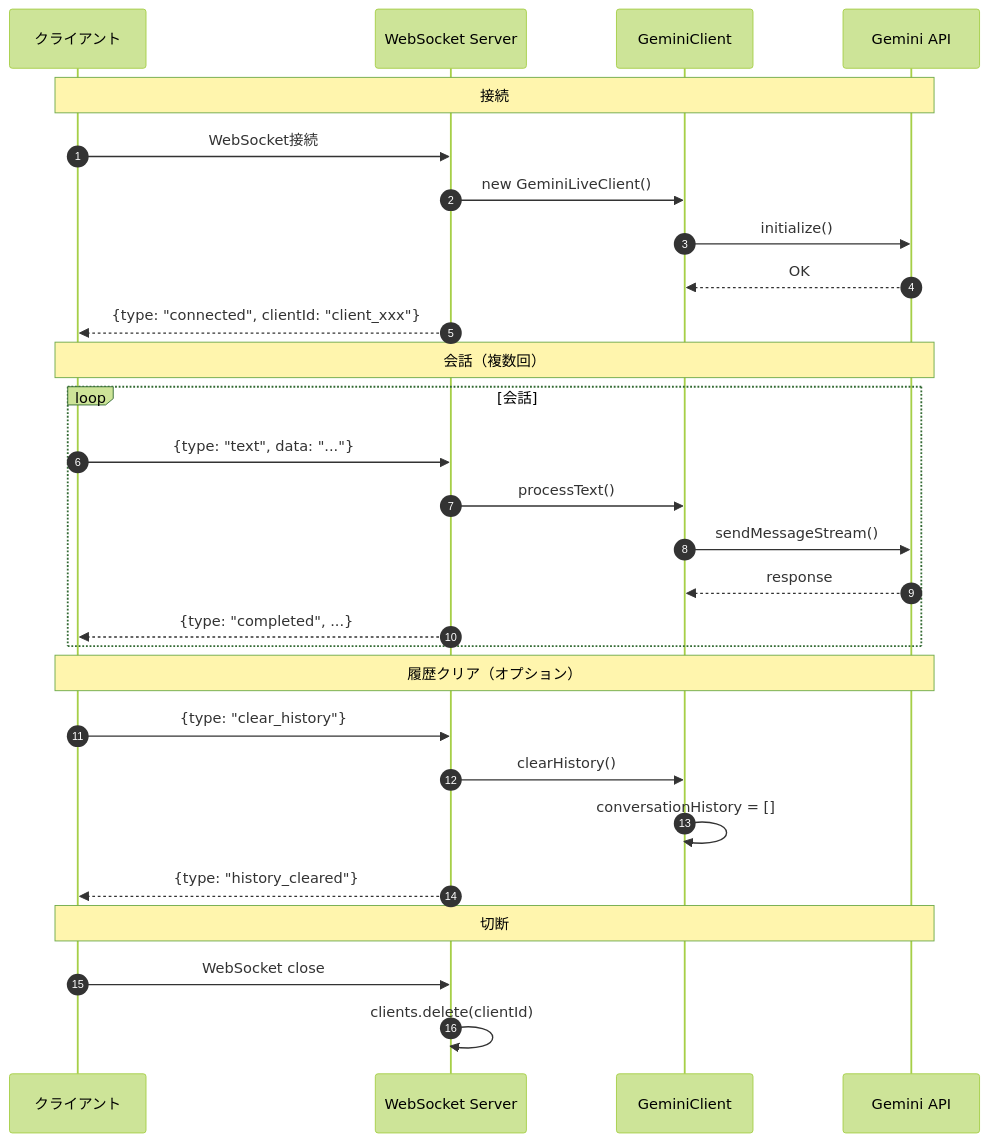
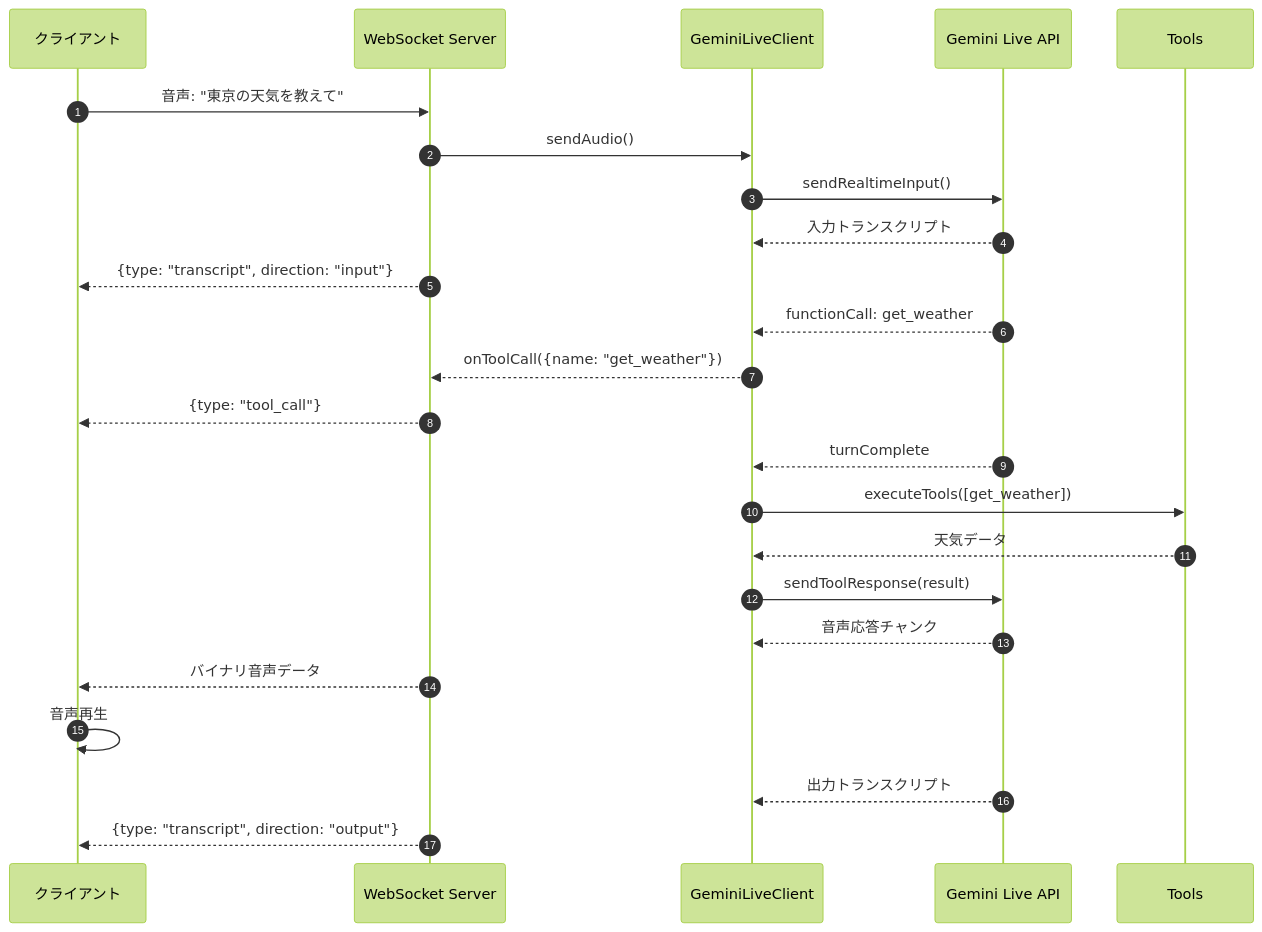
The second of 2 diagrams in voice-recognition-server/README.md (o0-sheeefk-0o/gemini-live-api-test), drawn with Mermaid (forest theme) before and after one commit. The commit also changed other lines of this file and 4 other files, not shown here.

Commit message:
gemini live implemented

````diff
--- a/voice-recognition-server/README.md
+++ b/voice-recognition-server/README.md
@@ -198,34 +123,33 @@
 ```mermaid
 sequenceDiagram
     autonumber
     participant C as クライアント
     participant WS as WebSocket Server
-    participant GC as GeminiClient
-    participant GA as Gemini API
+    participant GC as GeminiLiveClient
+    participant GA as Gemini Live API
+    participant T as Tools
 
-    Note over C,GA: 接続
-    C->>WS: WebSocket接続
-    WS->>GC: new GeminiLiveClient()
-    GC->>GA: initialize()
-    GA-->>GC: OK
-    WS-->>C: {type: "connected", clientId: "client_xxx"}
+    C->>WS: 音声: "東京の天気を教えて"
+    WS->>GC: sendAudio()
+    GC->>GA: sendRealtimeInput()
 
-    Note over C,GA: 会話（複数回）
-    loop 会話
-        C->>WS: {type: "text", data: "..."}
-        WS->>GC: processText()
-        GC->>GA: sendMessageStream()
-        GA-->>GC: response
-        WS-->>C: {type: "completed", ...}
-    end
+    GA-->>GC: 入力トランスクリプト
+    WS-->>C: {type: "transcript", direction: "input"}
 
-    Note over C,GA: 履歴クリア（オプション）
-    C->>WS: {type: "clear_history"}
-    WS->>GC: clearHistory()
-    GC->>GC: conversationHistory = []
-    WS-->>C: {type: "history_cleared"}
+    GA-->>GC: functionCall: get_weather
+    GC-->>WS: onToolCall({name: "get_weather"})
+    WS-->>C: {type: "tool_call"}
 
-    Note over C,GA: 切断
-    C->>WS: WebSocket close
-    WS->>WS: clients.delete(clientId)
+    GA-->>GC: turnComplete
+    GC->>T: executeTools([get_weather])
+    T-->>GC: 天気データ
+
+    GC->>GA: sendToolResponse(result)
+
+    GA-->>GC: 音声応答チャンク
+    WS-->>C: バイナリ音声データ
+    C->>C: 音声再生
+
+    GA-->>GC: 出力トランスクリプト
+    WS-->>C: {type: "transcript", direction: "output"}
 ```
````
